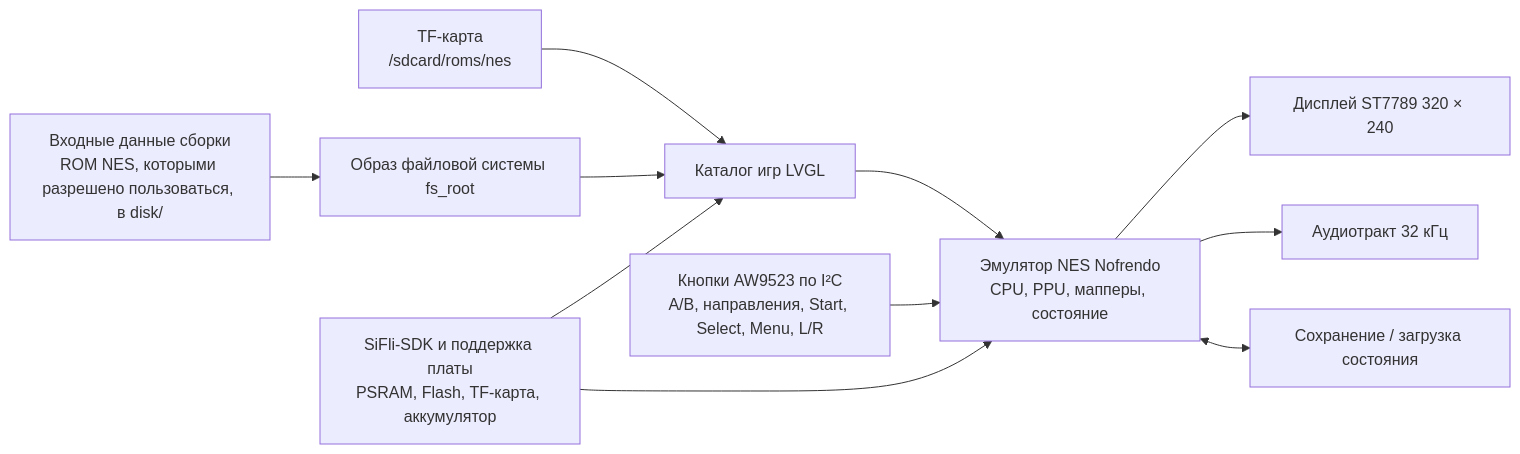
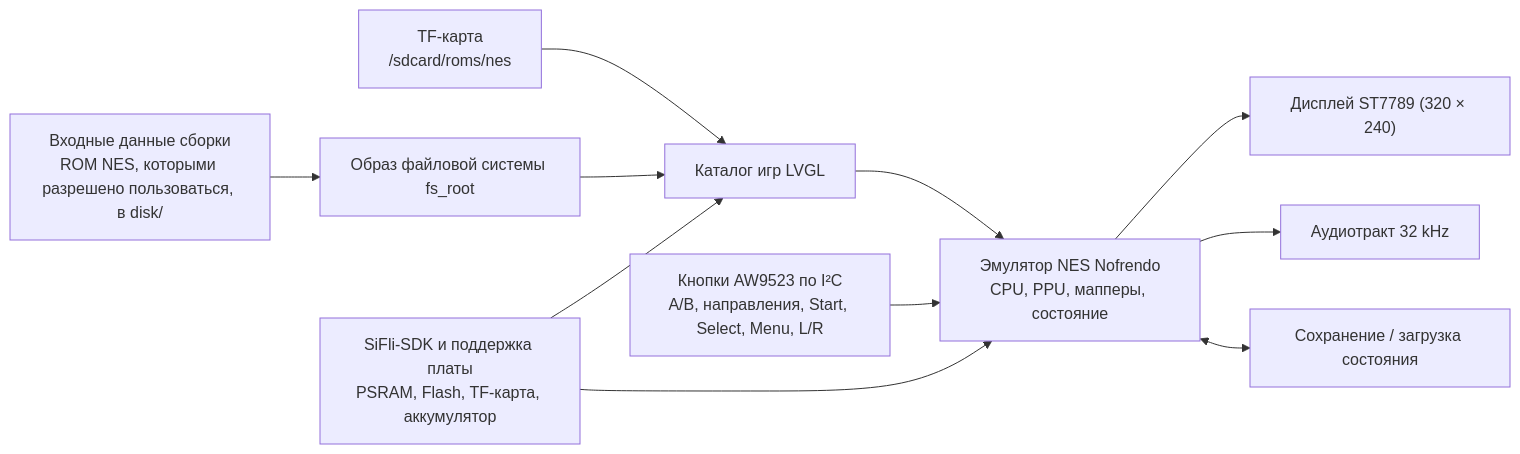
Before and after one commit to uForge-io/uforge-site: the diagram in docs_ru/projects/pocket-pi.md, drawn with Mermaid. The commit also changed other lines of this file and 1299 other files, not shown here.

````diff
--- a/docs_ru/projects/pocket-pi.md
+++ b/docs_ru/projects/pocket-pi.md
@@ -142,13 +146,13 @@
 ```mermaid
 flowchart LR
     B["Входные данные сборки\nROM NES, которыми разрешено пользоваться, в disk/"] --> F["Образ файловой системы fs_root"]
     C["TF-карта\n/sdcard/roms/nes"] --> L["Каталог игр LVGL"]
     F --> L
     L --> N["Эмулятор NES Nofrendo\nCPU, PPU, мапперы, состояние"]
     I["Кнопки AW9523 по I²C\nA/B, направления, Start, Select, Menu, L/R"] --> N
-    N --> V["Дисплей ST7789 320 × 240"]
-    N --> A["Аудиотракт 32 кГц"]
+    N --> V["Дисплей ST7789 (320 × 240)"]
+    N --> A["Аудиотракт 32 kHz"]
     N <--> S["Сохранение / загрузка состояния"]
     D["SiFli-SDK и поддержка платы\nPSRAM, Flash, TF-карта, аккумулятор"] --> L
     D --> N
 ```
````
